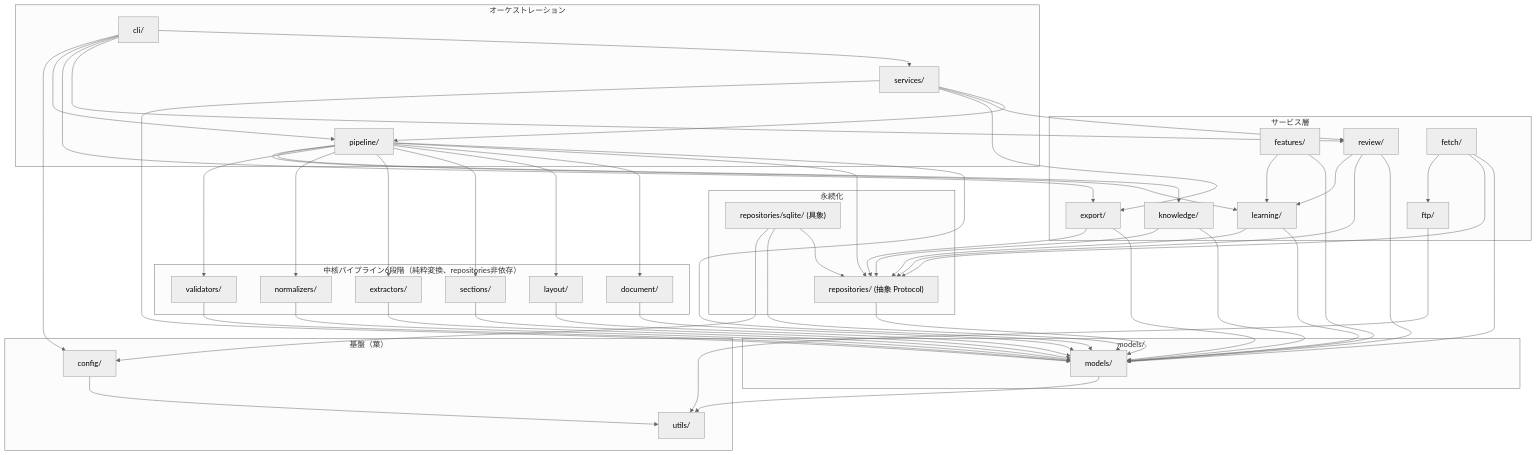
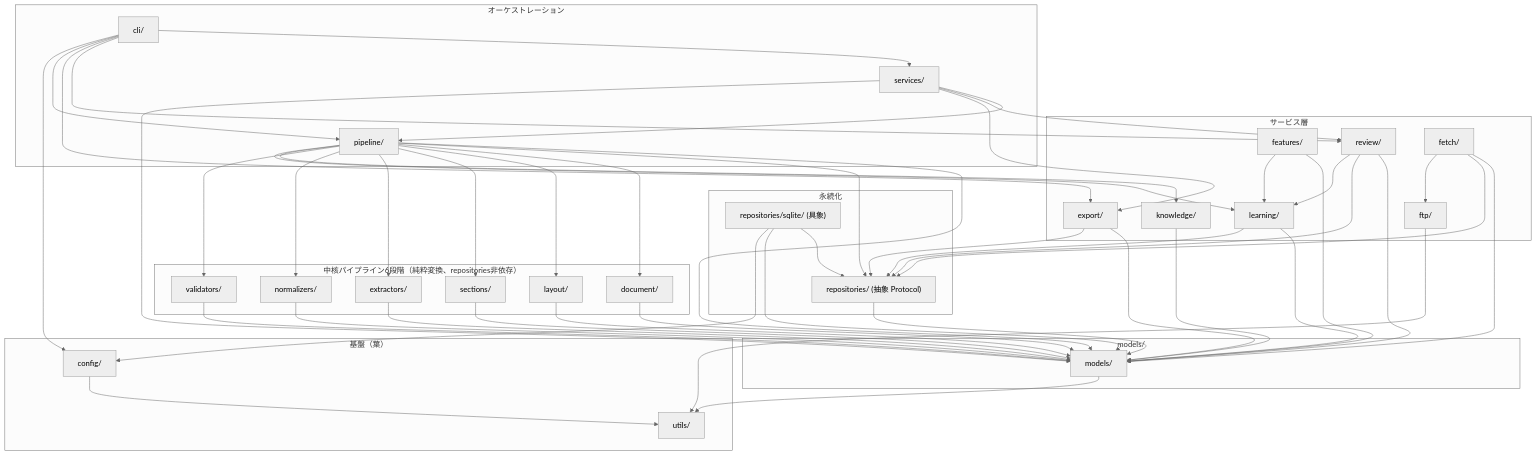
The first of 2 diagrams in docs/api/dependency-rule.md (yastdKHS/MOD_Personnel_DB), drawn with Mermaid (neutral theme) before and after one commit. The commit also changed other lines of this file and 1 other file, not shown here.

First line of the commit message:
Phase3 Task11-2.1: knowledge/のRepository非依存をdependency-rule.md/package-design.mdへ同期

```diff
--- a/docs/api/dependency-rule.md
+++ b/docs/api/dependency-rule.md
@@ -109,7 +109,6 @@
     repositories_sqlite --> config
 
     knowledge --> models
-    knowledge --> repositories
     learning --> models
     learning --> repositories
     features --> models
```
